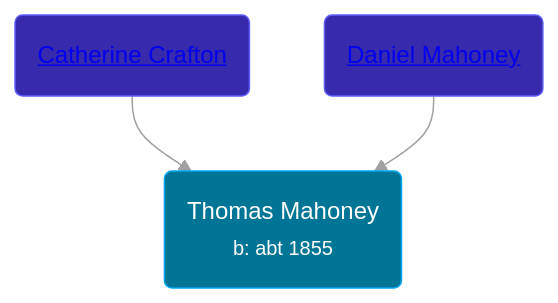
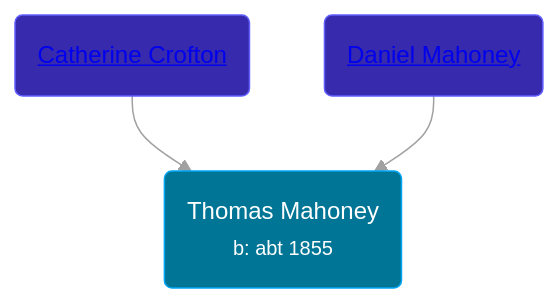
One commit to wpmgotkh/wpmgotkh.github.io changed the diagram in pages/people/4/41476460.md. Above: the diagram before and after it, drawn with Mermaid. The commit also changed other lines of this file and 213 other files, not shown here.

````diff
--- a/pages/people/4/41476460.md
+++ b/pages/people/4/41476460.md
@@ -11,10 +11,10 @@
 ```mermaid
 graph
 classDef grands fill:#193cb8,stroke:#2b7fff,stroke-width:1px,color:#fff;
 classDef parents fill:#372aac,stroke:#615fff,stroke-width:1px,color:#fff;
 classDef primary fill:#007595,stroke:#00a6f4,stroke-width:1px,color:#fff;
 41476460(Thomas Mahoney<br /><small>b: abt 1855</small>):::primary
-61573710(<a class="text-white" href="/people/6/61573710">Catherine Crafton</a>):::parents-->41476460
+61573710(<a class="text-white" href="/people/6/61573710">Catherine Crofton</a>):::parents-->41476460
 8119607(<a class="text-white" href="/people/8/8119607">Daniel Mahoney</a>):::parents-->41476460
 linkStyle default stroke:#a1a1a1
 ```
````
